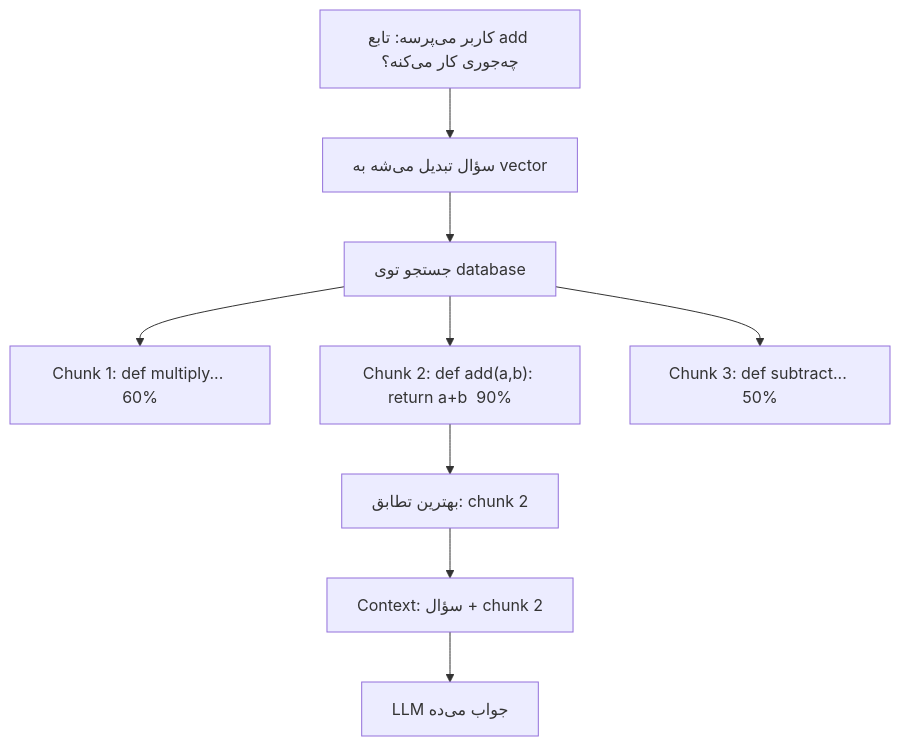
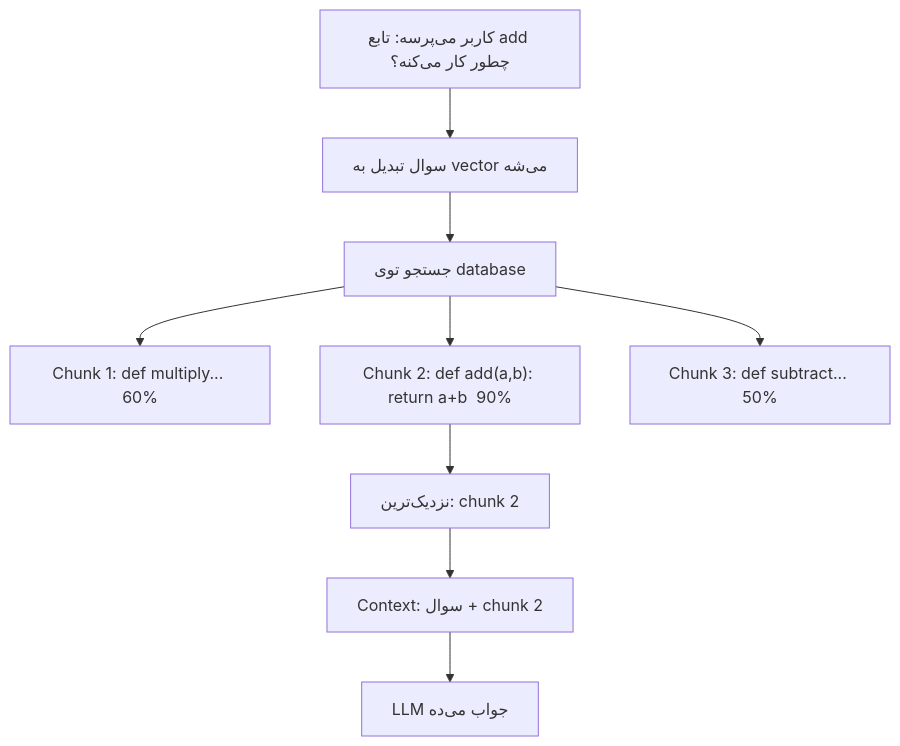
One commit to lokumai/ai-engineering-bazaar changed the fourth of 5 diagrams in mini-courses/1_fundamentals/rag_fa.md. Above: the diagram before and after it, drawn with Mermaid. The commit also changed other lines of this file and 82 other files, not shown here.

````diff
--- a/mini-courses/1_fundamentals/rag_fa.md
+++ b/mini-courses/1_fundamentals/rag_fa.md
@@ -123,11 +129,11 @@
 ```mermaid
 graph TD
-    A["کاربر می‌پرسه: تابع add چه‌جوری کار می‌کنه؟"] --> B["سؤال تبدیل می‌شه به vector"]
+    A["کاربر می‌پرسه: تابع add چطور کار می‌کنه؟"] --> B["سوال تبدیل به vector می‌شه"]
     B --> C["جستجو توی database"]
     C --> D["Chunk 1: def multiply... 60%"]
     C --> E["Chunk 2: def add(a,b): return a+b  90%"]
     C --> F["Chunk 3: def subtract... 50%"]
-    E --> G["بهترین تطابق: chunk 2"]
-    G --> H["Context: سؤال + chunk 2"]
+    E --> G["نزدیک‌ترین: chunk 2"]
+    G --> H["Context: سوال + chunk 2"]
     H --> I["LLM جواب می‌ده"]
 ```
````
